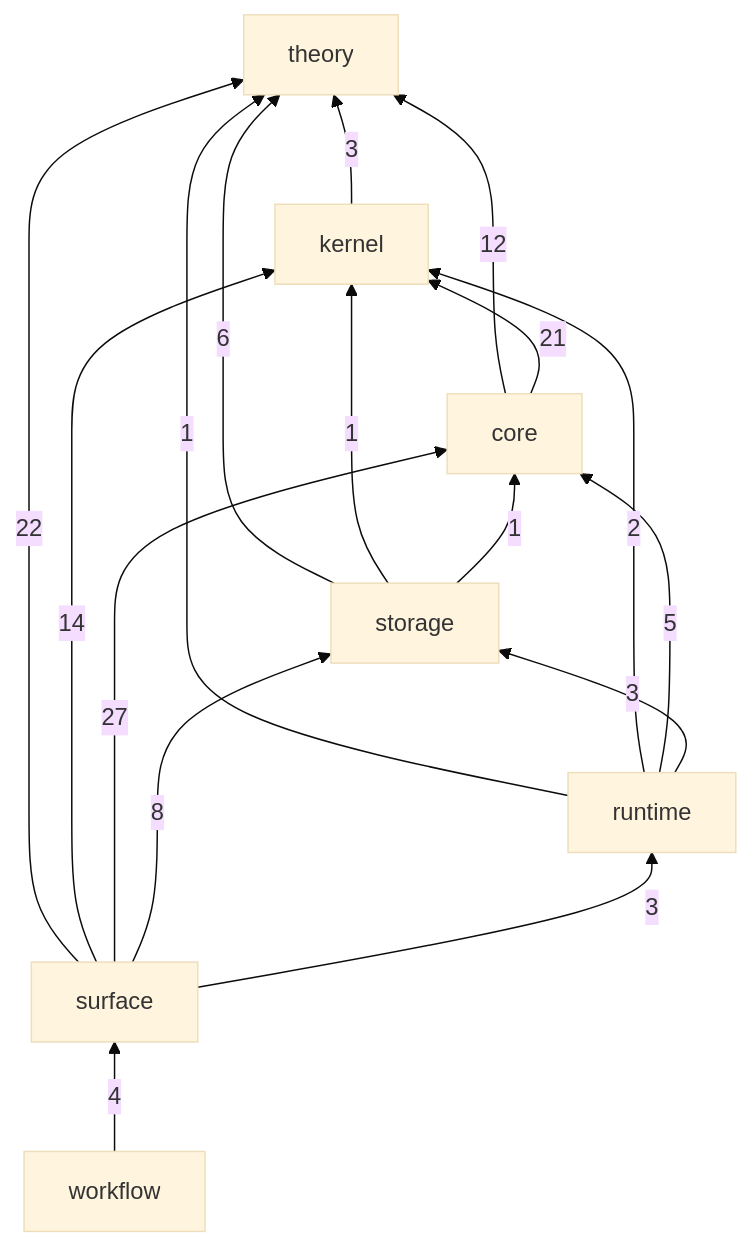
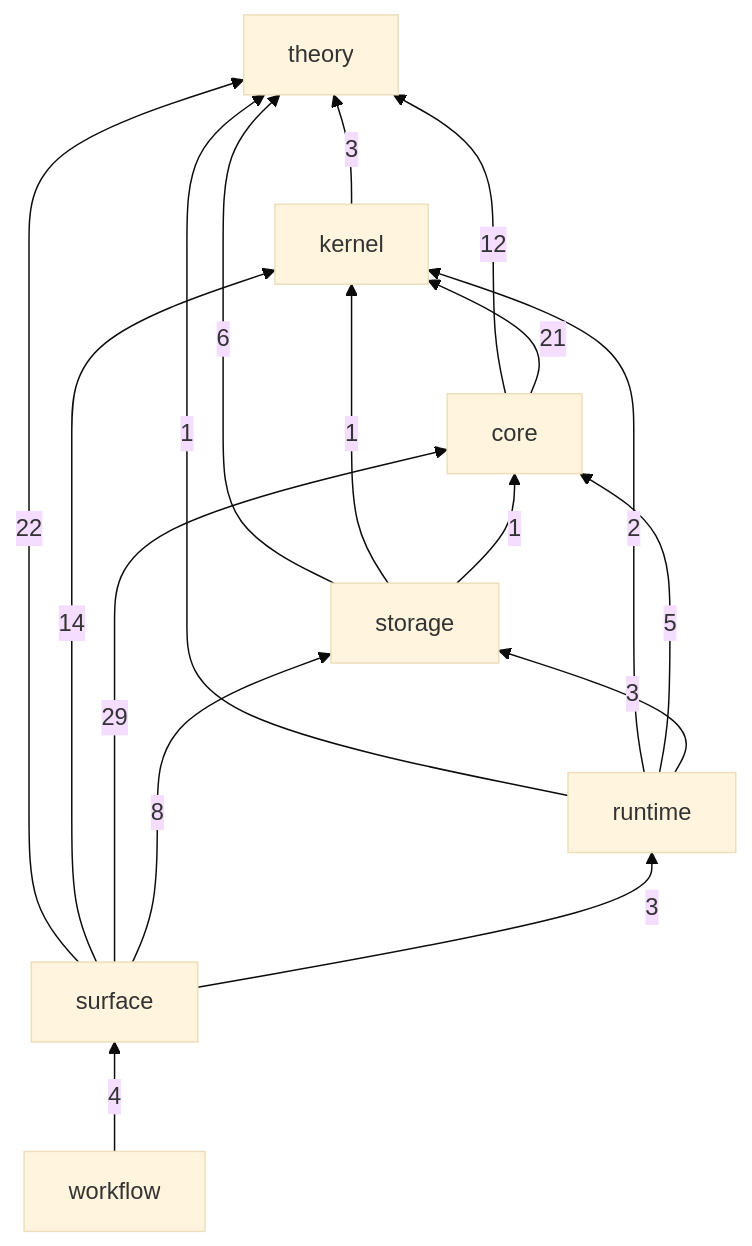
Before and after one commit to gandr-lang/gandr: the diagram in ledger/README.md, drawn with Mermaid (base theme). The commit also changed 18 other files, not shown here.

````diff
--- a/ledger/README.md
+++ b/ledger/README.md
@@ -28,26 +28,26 @@
 ```mermaid
 flowchart BT
   theory
   kernel
   core
   storage
   runtime
   surface
   workflow
   kernel -->|3| theory
   core -->|12| theory
   core -->|21| kernel
   storage -->|6| theory
   storage -->|1| kernel
   storage -->|1| core
   runtime -->|1| theory
   runtime -->|2| kernel
   runtime -->|5| core
   runtime -->|3| storage
   surface -->|22| theory
   surface -->|14| kernel
-  surface -->|27| core
+  surface -->|29| core
   surface -->|8| storage
   surface -->|3| runtime
   workflow -->|4| surface
 ```
````
